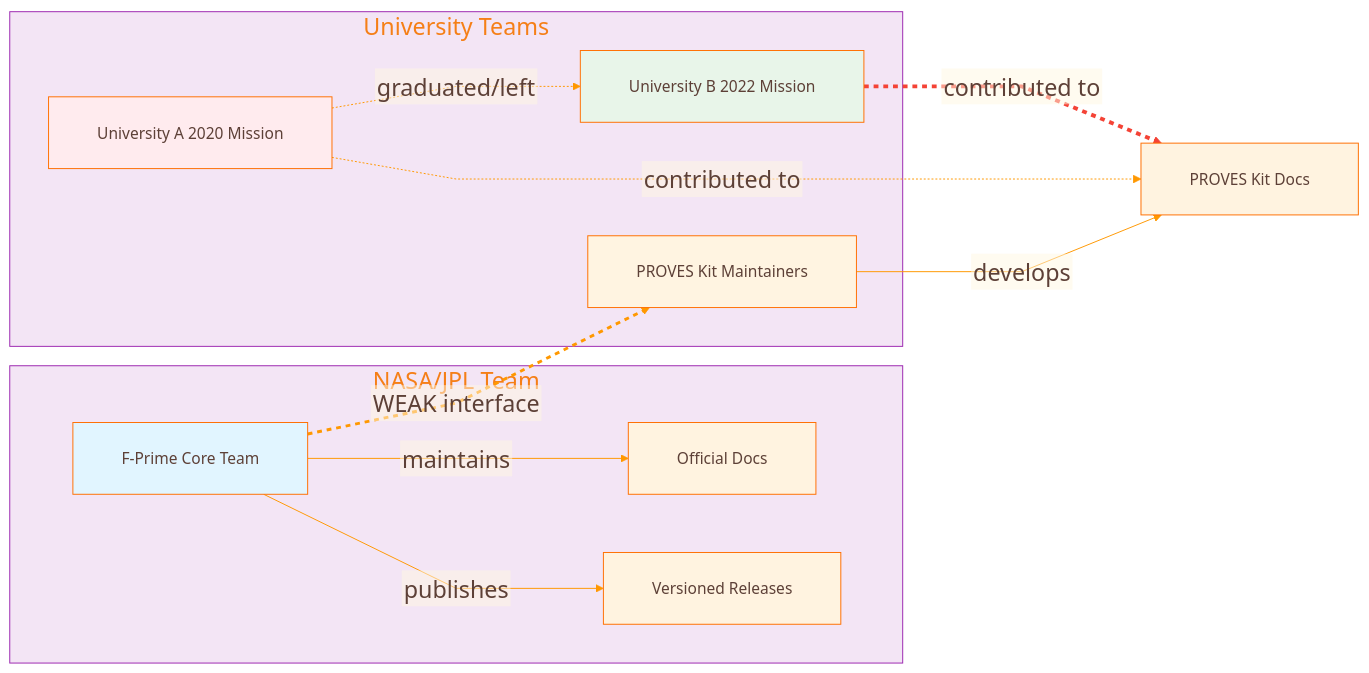
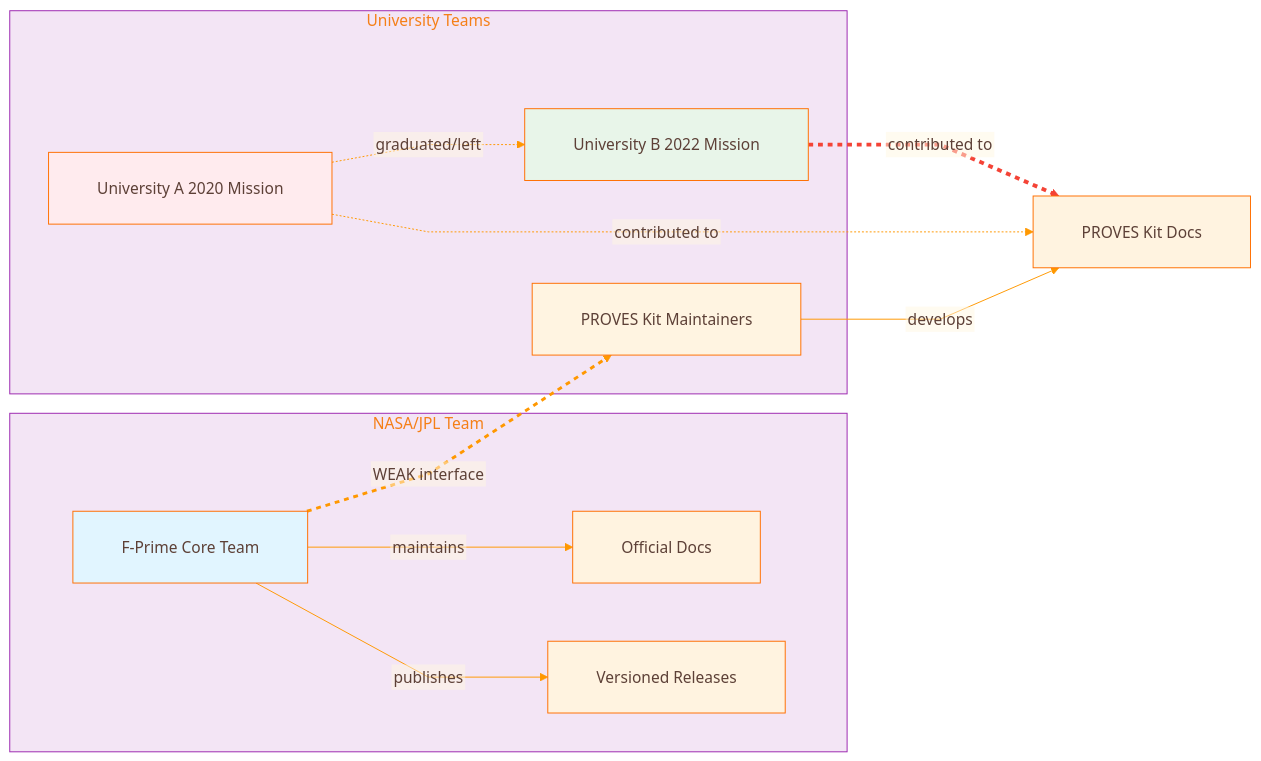
One commit to Lizo-RoadTown/PROVES_LIBRARY changed the fifth of 6 diagrams in docs/diagrams/cross-system.md. Above: the diagram before and after it, drawn with Mermaid. The commit also changed other lines of this file and 6 other files, not shown here.

````diff
--- a/docs/diagrams/cross-system.md
+++ b/docs/diagrams/cross-system.md
@@ -1115,7 +1124,7 @@
 ---
 config:
   theme: base
-  fontSize: 20
+  fontSize: 16
   themeCSS: |
     .node rect, .cluster rect, .edgePath path { transition: filter 0.2s ease, stroke-width: 0.2s ease; }
     .node:hover rect, .cluster:hover rect, .edgePath:hover path { filter: drop-shadow(0 0 8px rgba(0,0,0,0.35)); stroke-width: 3px; }
@@ -1135,7 +1144,7 @@
     textColor: '#5D4037'
     lineColor: '#FF9800'
     fontFamily: '"Segoe UI", Tahoma, Geneva, Verdana, sans-serif'
-    fontSize: '24px'
+    fontSize: '16px'
     nodeBorder: '#FF6F00'
     mainBkg: '#FFF3E0'
     clusterBkg: '#F3E5F5'
@@ -1191,7 +1200,7 @@
     attributeBackgroundColorOdd: '#FFF8E1'
     attributeBackgroundColorEven: '#FFF3E0'
   gantt:
-    fontSize: 20
+    fontSize: 16
     barHeight: 24
     barGap: 6
     topPadding: 50
@@ -1298,12 +1307,14 @@
 ---
 flowchart LR
     subgraph "NASA/JPL Team"
+        spacer22[ ]:::spacer
         F_TEAM[F-Prime Core Team]
         F_DOC[Official Docs]
         F_VER[Versioned Releases]
     end
 
     subgraph "University Teams"
+        spacer23[ ]:::spacer
         PROVES_MAINT[PROVES Kit Maintainers]
         UNI_A[University A 2020 Mission]
         UNI_B[University B 2022 Mission]
@@ -1329,4 +1340,5 @@
     %% Font sizing classes for consistency
     classDef default font-size:16px,font-family:Segoe UI,Tahoma,Geneva,Verdana,sans-serif;
     classDef diamond font-size:14px,font-family:Segoe UI,Tahoma,Geneva,Verdana,sans-serif;
+    classDef spacer fill:none,stroke:none,color:transparent,width:1px,height:1px;
 ```
````
